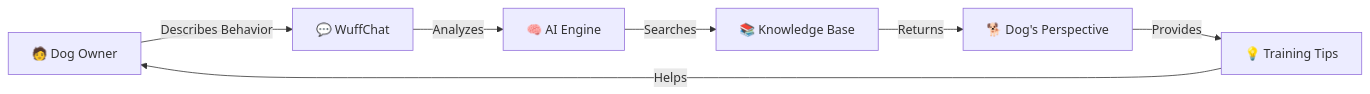
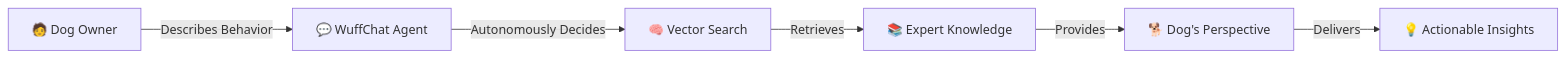
Before and after one commit to kemperfekt/wuffchat: the first of 2 diagrams in README.md, drawn with Mermaid. The commit also changed other lines of this file, not shown here.

First line of the commit message:
Update README to compelling overview of multi-repo architecture

````diff
--- a/README.md
+++ b/README.md
@@ -15,9 +16,8 @@
 ```mermaid
 graph LR
-    A[🧑 Dog Owner] -->|Describes Behavior| B[💬 WuffChat]
-    B -->|Analyzes| C[🧠 AI Engine]
-    C -->|Searches| D[📚 Knowledge Base]
-    D -->|Returns| E[🐕 Dog's Perspective]
-    E -->|Provides| F[💡 Training Tips]
-    F -->|Helps| A
+    A[🧑 Dog Owner] -->|Describes Behavior| B[💬 WuffChat Agent]
+    B -->|Autonomously Decides| C[🧠 Vector Search]
+    C -->|Retrieves| D[📚 Expert Knowledge]
+    D -->|Provides| E[🐕 Dog's Perspective]
+    E -->|Delivers| F[💡 Actionable Insights]
 ```
````
